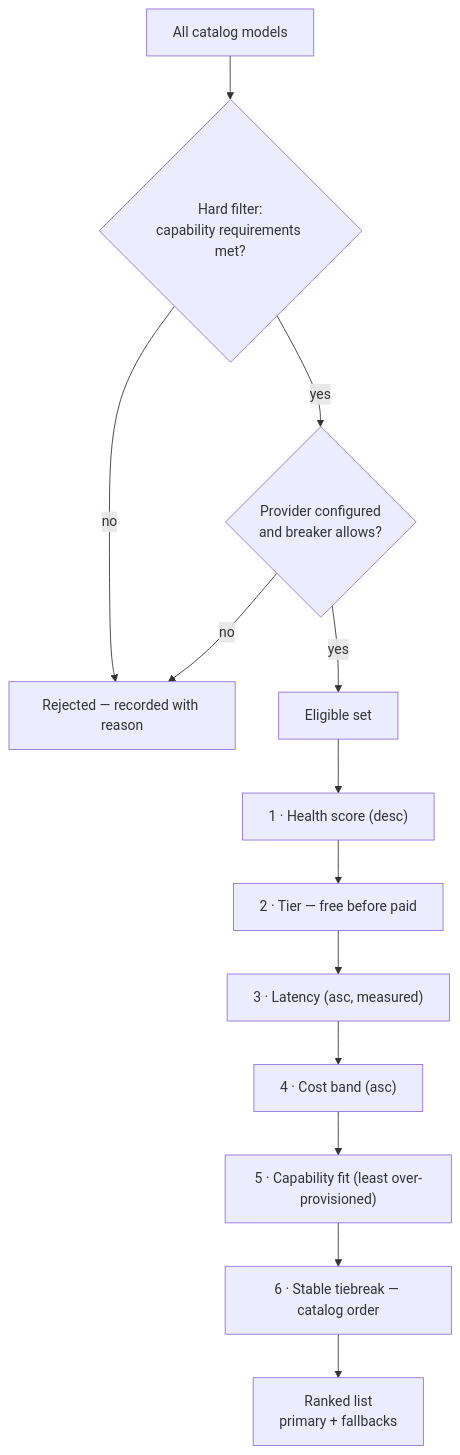
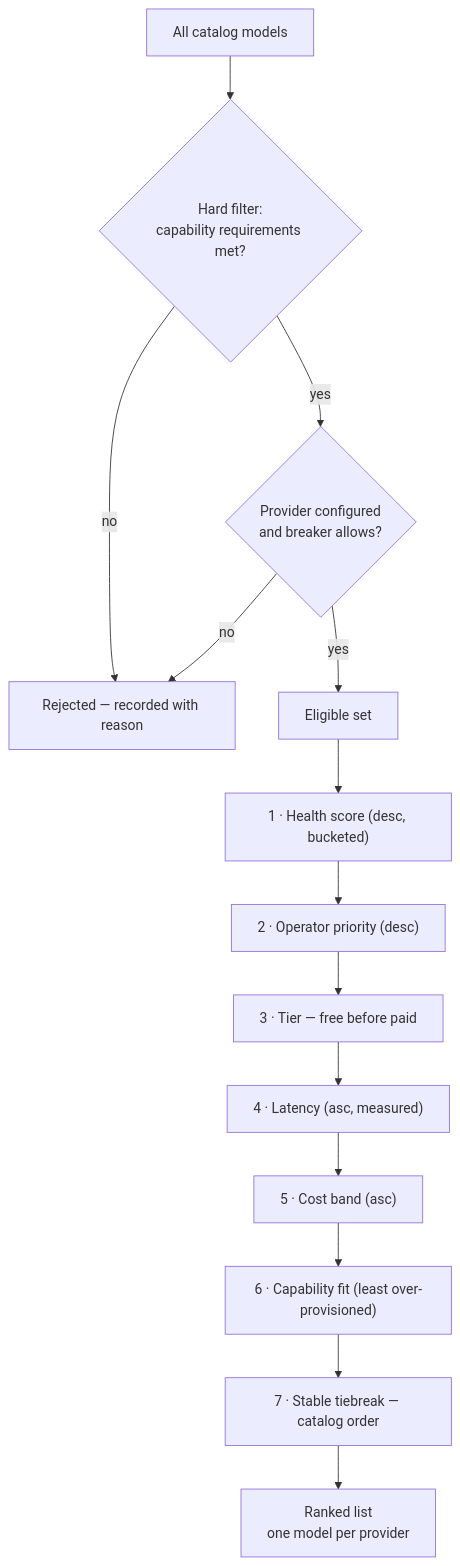
The second of 4 diagrams in docs/backend/04-router.md (Omkar-Gavade/NovaGPT-Fullstack), drawn with Mermaid before and after one commit. The commit also changed other lines of this file and 217 other files, not shown here.

````diff
--- a/docs/backend/04-router.md
+++ b/docs/backend/04-router.md
@@ -120,15 +131,16 @@
 ```mermaid
 flowchart TB
   A["All catalog models"] --> B{"Hard filter:<br/>capability requirements met?"}
   B -->|no| X["Rejected — recorded with reason"]
   B -->|yes| C{"Provider configured<br/>and breaker allows?"}
   C -->|no| X
   C -->|yes| D["Eligible set"]
-  D --> E["1 · Health score (desc)"]
-  E --> F["2 · Tier — free before paid"]
-  F --> G["3 · Latency (asc, measured)"]
-  G --> H["4 · Cost band (asc)"]
-  H --> I["5 · Capability fit (least over-provisioned)"]
-  I --> J["6 · Stable tiebreak — catalog order"]
-  J --> K["Ranked list<br/>primary + fallbacks"]
+  D --> E["1 · Health score (desc, bucketed)"]
+  E --> P["2 · Operator priority (desc)"]
+  P --> F["3 · Tier — free before paid"]
+  F --> G["4 · Latency (asc, measured)"]
+  G --> H["5 · Cost band (asc)"]
+  H --> I["6 · Capability fit (least over-provisioned)"]
+  I --> J["7 · Stable tiebreak — catalog order"]
+  J --> K["Ranked list<br/>one model per provider"]
 ```
````
